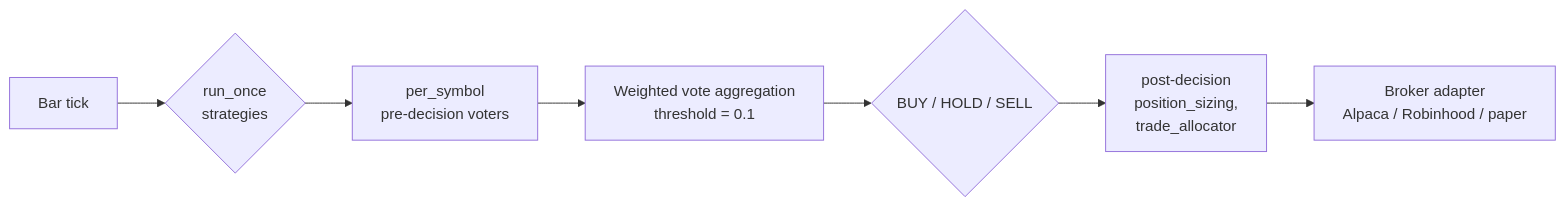
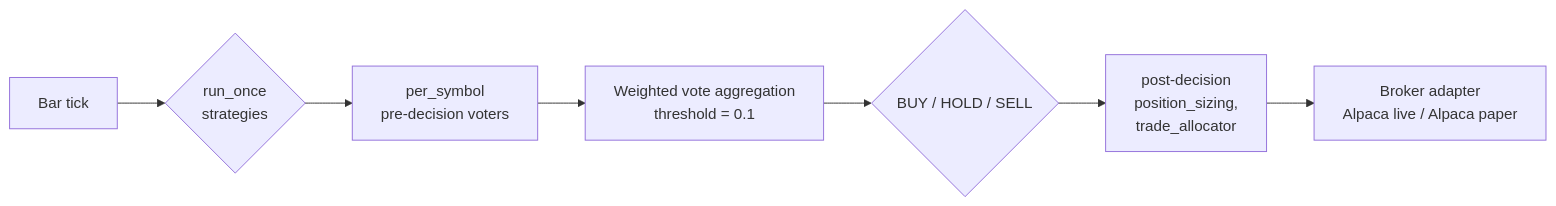
Before and after one commit to Th3-H4xx0r/IntelliStock: the first of 3 diagrams in README.md, drawn with Mermaid. The commit also changed other lines of this file and 101 other files, not shown here.

````diff
--- a/README.md
+++ b/README.md
@@ -357,9 +356,9 @@
 ```mermaid
 flowchart LR
     Tick[Bar tick] --> Run{run_once<br/>strategies}
     Run --> Pre[per_symbol<br/>pre-decision voters]
     Pre --> Agg[Weighted vote aggregation<br/>threshold = 0.1]
     Agg --> Decision{BUY / HOLD / SELL}
     Decision --> Post[post-decision<br/>position_sizing,<br/>trade_allocator]
-    Post --> Order[Broker adapter<br/>Alpaca / Robinhood / paper]
+    Post --> Order[Broker adapter<br/>Alpaca live / Alpaca paper]
 ```
````
